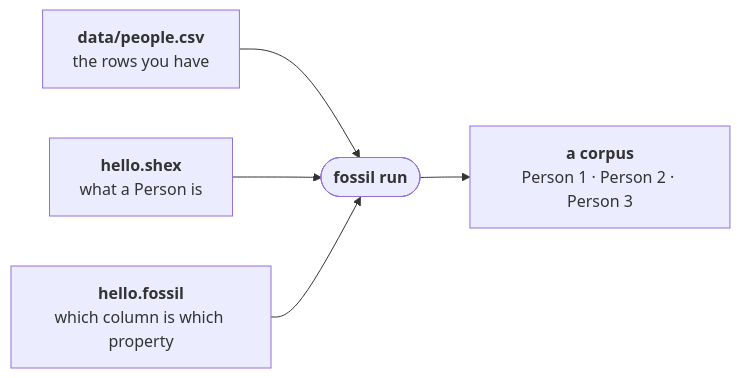
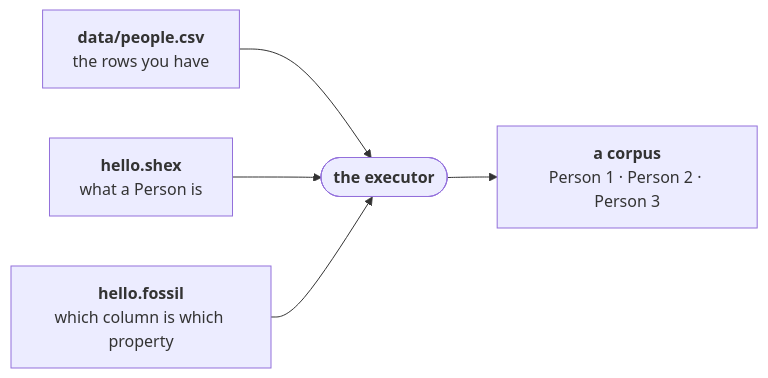
One commit to Kanzo-Tech/fossil-lang changed the diagram in docs/content/docs/book/getting-started.mdx. Above: the diagram before and after it, drawn with Mermaid. The commit also changed other lines of this file and 43 other files, not shown here.

````diff
--- a/docs/content/docs/book/getting-started.mdx
+++ b/docs/content/docs/book/getting-started.mdx
@@ -9,7 +9,7 @@
 ```mermaid
 flowchart LR
-  CSV["<b>data/people.csv</b><br/>the rows you have"] --> RUN(["<b>fossil run</b>"])
+  CSV["<b>data/people.csv</b><br/>the rows you have"] --> RUN(["<b>the executor</b>"])
   SHEX["<b>hello.shex</b><br/>what a Person is"] --> RUN
   PROG["<b>hello.fossil</b><br/>which column is which property"] --> RUN
   RUN --> OUT["<b>a corpus</b><br/>Person 1 · Person 2 · Person 3"]
 ```
````
